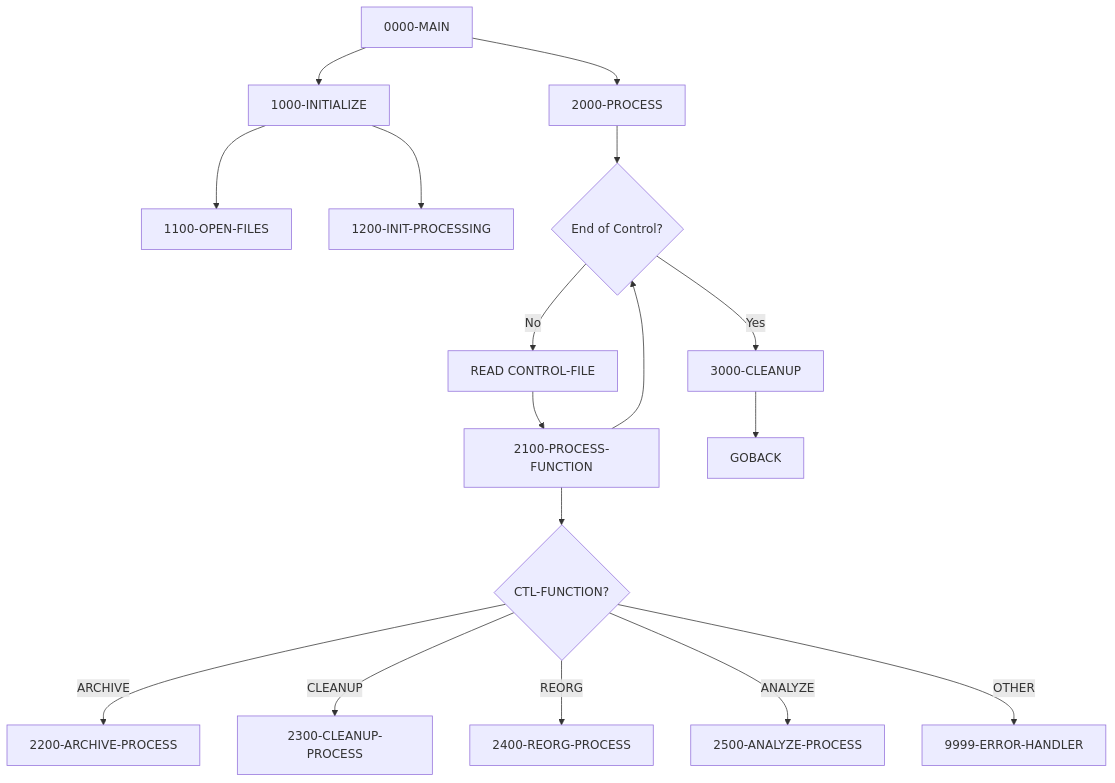
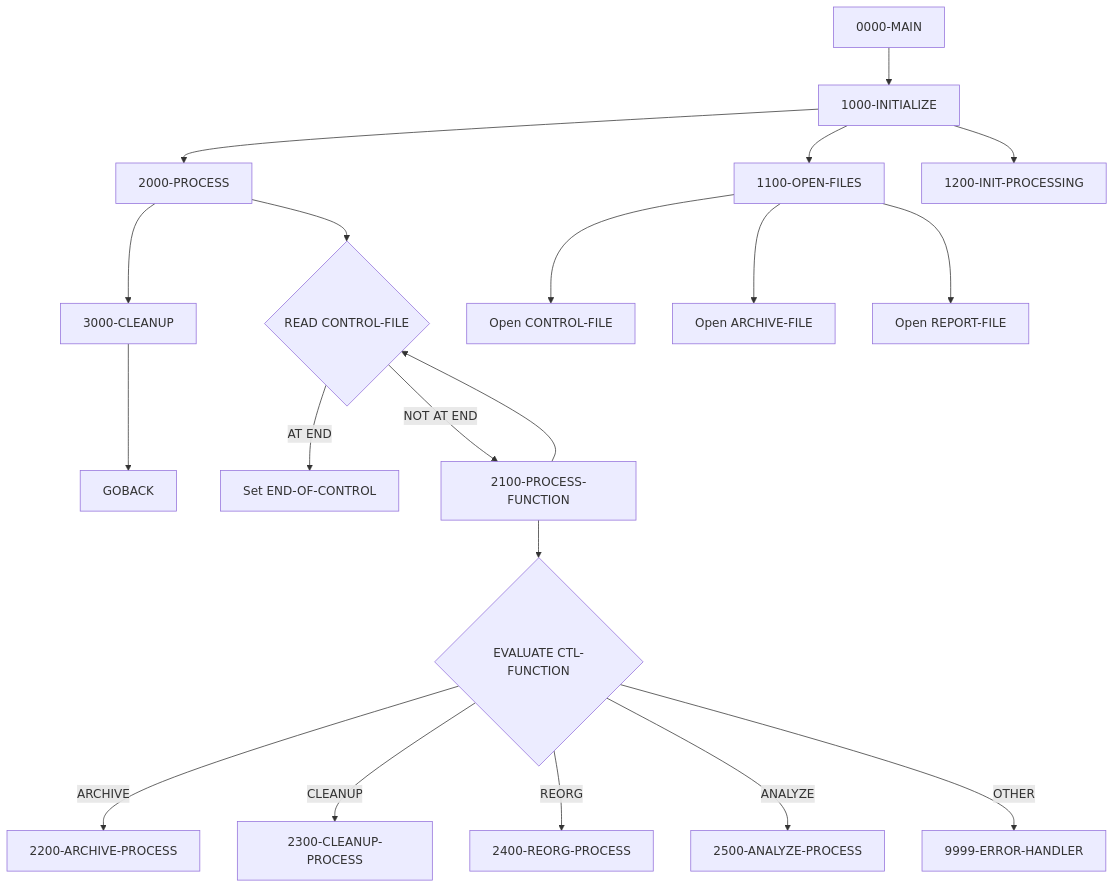
Before and after one commit to haladir-com/legacy-benchmark-docs-vb70e1: the first of 5 diagrams in docs/programs/UTLMNT00.mdx, drawn with Mermaid. The commit also changed other lines of this file and 64 other files, not shown here.

````diff
--- a/docs/programs/UTLMNT00.mdx
+++ b/docs/programs/UTLMNT00.mdx
@@ -16,20 +16,26 @@
 ```mermaid
 graph TD
     A[0000-MAIN] --> B[1000-INITIALIZE]
-    B --> C[1100-OPEN-FILES]
-    B --> D[1200-INIT-PROCESSING]
-    A --> E[2000-PROCESS]
-    E --> F{End of Control?}
-    F -->|No| G[READ CONTROL-FILE]
-    G --> H[2100-PROCESS-FUNCTION]
-    H --> F
-    F -->|Yes| I[3000-CLEANUP]
-    I --> J[GOBACK]
+    B --> C[2000-PROCESS]
+    C --> D[3000-CLEANUP]
+    D --> E[GOBACK]
     
-    H --> K{CTL-FUNCTION?}
-    K -->|ARCHIVE| L[2200-ARCHIVE-PROCESS]
-    K -->|CLEANUP| M[2300-CLEANUP-PROCESS]
-    K -->|REORG| N[2400-REORG-PROCESS]
-    K -->|ANALYZE| O[2500-ANALYZE-PROCESS]
-    K -->|OTHER| P[9999-ERROR-HANDLER]
+    B --> B1[1100-OPEN-FILES]
+    B --> B2[1200-INIT-PROCESSING]
+    
+    B1 --> B1A[Open CONTROL-FILE]
+    B1 --> B1B[Open ARCHIVE-FILE]
+    B1 --> B1C[Open REPORT-FILE]
+    
+    C --> C1{READ CONTROL-FILE}
+    C1 -->|AT END| C2[Set END-OF-CONTROL]
+    C1 -->|NOT AT END| C3[2100-PROCESS-FUNCTION]
+    C3 --> C1
+    
+    C3 --> F{EVALUATE CTL-FUNCTION}
+    F -->|ARCHIVE| G[2200-ARCHIVE-PROCESS]
+    F -->|CLEANUP| H[2300-CLEANUP-PROCESS]
+    F -->|REORG| I[2400-REORG-PROCESS]
+    F -->|ANALYZE| J[2500-ANALYZE-PROCESS]
+    F -->|OTHER| K[9999-ERROR-HANDLER]
 ```
````
